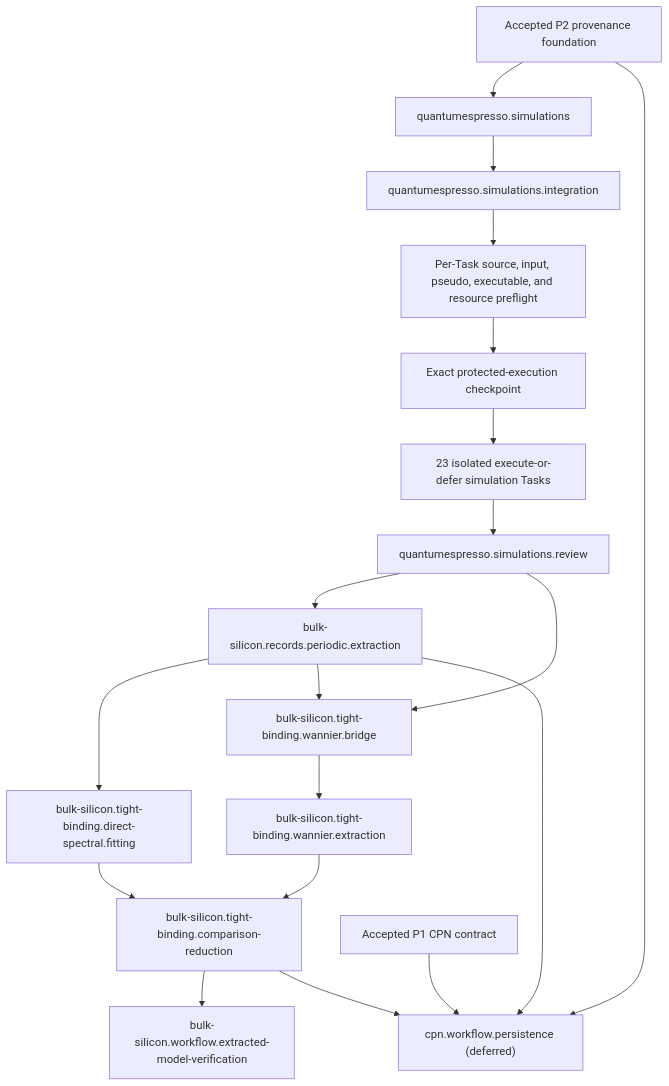
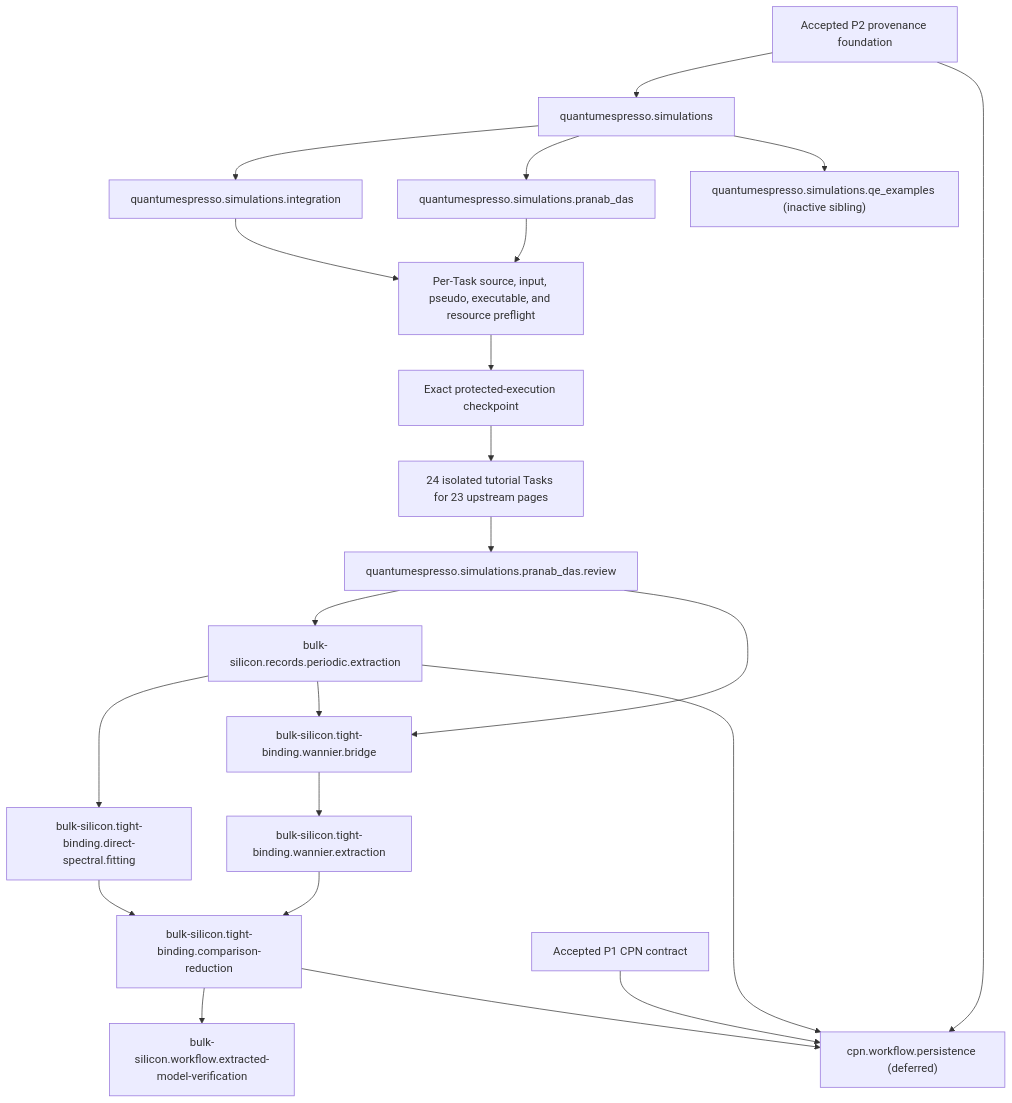
One commit to eragasa/ksdft2effmass changed the diagram in docs/computational/ksdft2effmass.computational.bootstrap.md. Above: the diagram before and after it, drawn with Mermaid. The commit also changed other lines of this file and 467 other files, not shown here.

````diff
--- a/docs/computational/ksdft2effmass.computational.bootstrap.md
+++ b/docs/computational/ksdft2effmass.computational.bootstrap.md
@@ -69,37 +75,42 @@
 ```mermaid
 flowchart TD
     P2["Accepted P2 provenance foundation"]
-    Campaign["quantumespresso.simulations"]
+    Umbrella["quantumespresso.simulations"]
+    Campaign["quantumespresso.simulations.pranab_das"]
+    Bundled["quantumespresso.simulations.qe_examples (inactive sibling)"]
     Integration["quantumespresso.simulations.integration"]
     Preflight["Per-Task source, input, pseudo, executable, and resource preflight"]
     Auth["Exact protected-execution checkpoint"]
-    Children["23 isolated execute-or-defer simulation Tasks"]
-    Review["quantumespresso.simulations.review"]
+    Children["24 isolated tutorial Tasks for 23 upstream pages"]
+    Review["quantumespresso.simulations.pranab_das.review"]
     Records["bulk-silicon.records.periodic.extraction"]
     Direct["bulk-silicon.tight-binding.direct-spectral.fitting"]
     Bridge["bulk-silicon.tight-binding.wannier.bridge"]
     Wannier["bulk-silicon.tight-binding.wannier.extraction"]
     Compare["bulk-silicon.tight-binding.comparison-reduction"]
     Verify["bulk-silicon.workflow.extracted-model-verification"]
     P1["Accepted P1 CPN contract"]
     CPN["cpn.workflow.persistence (deferred)"]
 
-    P2 --> Campaign
-    Campaign --> Integration
+    P2 --> Umbrella
+    Umbrella --> Integration
+    Umbrella --> Campaign
+    Umbrella --> Bundled
+    Campaign --> Preflight
     Integration --> Preflight
     Preflight --> Auth
     Auth --> Children
     Children --> Review
     Review --> Records
     Records --> Direct
     Review --> Bridge
     Records --> Bridge
     Bridge --> Wannier
     Direct --> Compare
     Wannier --> Compare
     Compare --> Verify
     P1 --> CPN
     P2 --> CPN
     Records --> CPN
     Compare --> CPN
 ```
````
